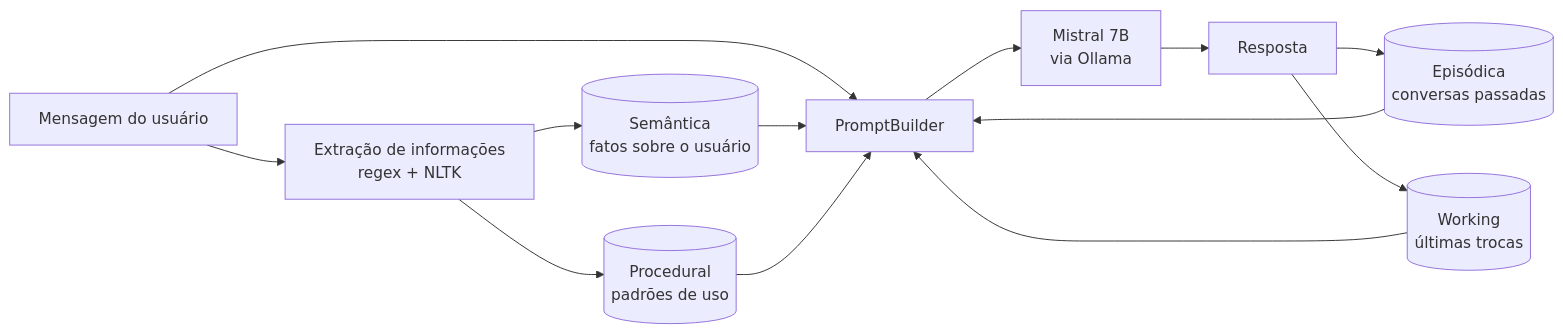
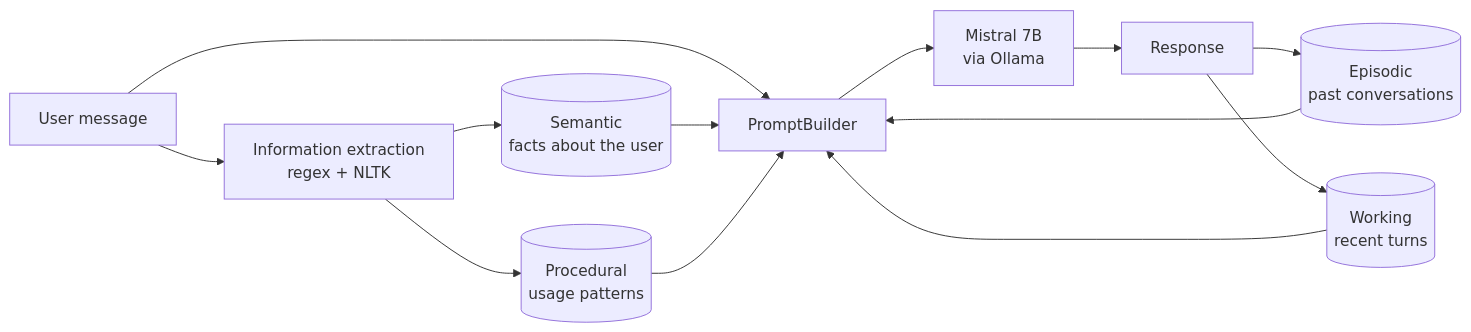
The diagram in personal_ai/README.md (fernandops21/ai_projects), drawn with Mermaid before and after one commit. The commit also changed other lines of this file and 5 other files, not shown here.

````diff
--- a/personal_ai/README.md
+++ b/personal_ai/README.md
@@ -17,15 +17,15 @@
 ```mermaid
 flowchart LR
-    U[Mensagem do usuário] --> E[Extração de informações<br/>regex + NLTK]
-    E --> S[(Semântica<br/>fatos sobre o usuário)]
-    E --> P[(Procedural<br/>padrões de uso)]
+    U[User message] --> E[Information extraction<br/>regex + NLTK]
+    E --> S[(Semantic<br/>facts about the user)]
+    E --> P[(Procedural<br/>usage patterns)]
     U --> B[PromptBuilder]
     S --> B
     P --> B
-    EP[(Episódica<br/>conversas passadas)] --> B
-    W[(Working<br/>últimas trocas)] --> B
+    EP[(Episodic<br/>past conversations)] --> B
+    W[(Working<br/>recent turns)] --> B
     B --> M[Mistral 7B<br/>via Ollama]
-    M --> R[Resposta]
+    M --> R[Response]
     R --> EP
     R --> W
 ```
````
